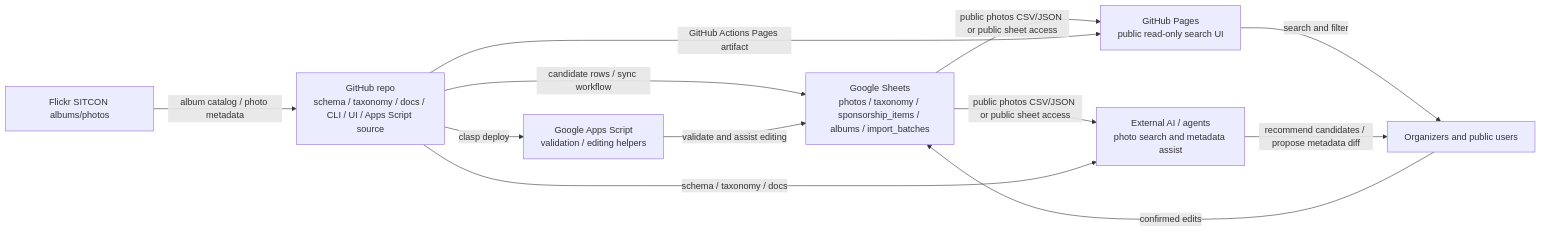
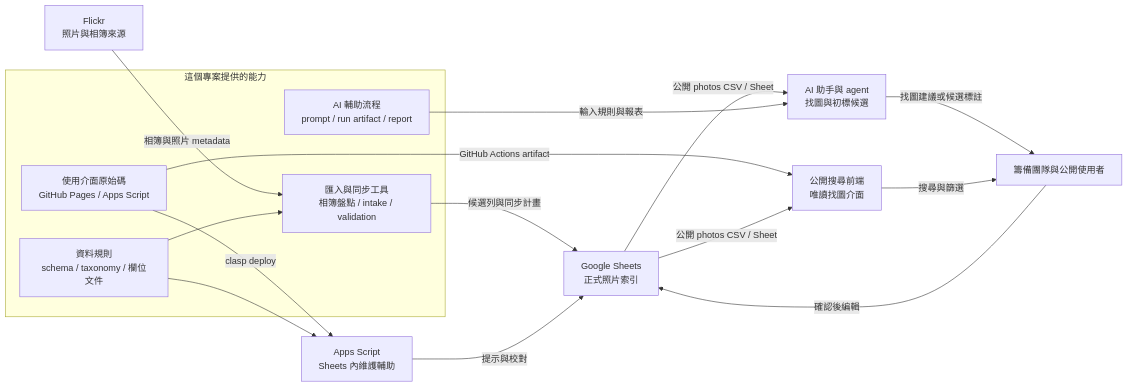
Before and after one commit to sitcon-tw/flickr-photo-finder: the diagram in docs/project-architecture.md, drawn with Mermaid. The commit also changed other lines of this file and 10 other files, not shown here.

````diff
--- a/docs/project-architecture.md
+++ b/docs/project-architecture.md
@@ -23,22 +23,30 @@
 ```mermaid
 flowchart LR
-  Flickr[Flickr SITCON albums/photos]
-  Repo[GitHub repo<br/>schema / taxonomy / docs / CLI / UI / Apps Script source]
-  Sheets[Google Sheets<br/>photos / taxonomy / sponsorship_items / albums / import_batches]
-  AppsScript[Google Apps Script<br/>validation / editing helpers]
-  Pages[GitHub Pages<br/>public read-only search UI]
-  AI[External AI / agents<br/>photo search and metadata assist]
-  Users[Organizers and public users]
+  Flickr[Flickr<br/>照片與相簿來源]
+  Sheets[Google Sheets<br/>正式照片索引]
+  AppsScript[Apps Script<br/>Sheets 內維護輔助]
+  Pages[公開搜尋前端<br/>唯讀找圖介面]
+  AI[AI 助手與 agent<br/>找圖與初標候選]
+  Users[籌備團隊與公開使用者]
 
-  Flickr -->|album catalog / photo metadata| Repo
-  Repo -->|candidate rows / sync workflow| Sheets
-  Repo -->|clasp deploy| AppsScript
-  AppsScript -->|validate and assist editing| Sheets
-  Sheets -->|public photos CSV/JSON or public sheet access| Pages
-  Sheets -->|public photos CSV/JSON or public sheet access| AI
-  Repo -->|schema / taxonomy / docs| AI
-  Repo -->|GitHub Actions Pages artifact| Pages
-  Pages -->|search and filter| Users
-  AI -->|recommend candidates / propose metadata diff| Users
-  Users -->|confirmed edits| Sheets
+  subgraph Project[這個專案提供的能力]
+    Rules[資料規則<br/>schema / taxonomy / 欄位文件]
+    Intake[匯入與同步工具<br/>相簿盤點 / intake / validation]
+    Interfaces[使用介面原始碼<br/>GitHub Pages / Apps Script]
+    AIGuide[AI 輔助流程<br/>prompt / run artifact / report]
+  end
+
+  Flickr -->|相簿與照片 metadata| Intake
+  Rules --> Intake
+  Intake -->|候選列與同步計畫| Sheets
+  Interfaces -->|clasp deploy| AppsScript
+  Interfaces -->|GitHub Actions artifact| Pages
+  Rules --> AppsScript
+  AppsScript -->|提示與校對| Sheets
+  Sheets -->|公開 photos CSV / Sheet| Pages
+  Sheets -->|公開 photos CSV / Sheet| AI
+  AIGuide -->|輸入規則與報表| AI
+  AI -->|找圖建議或候選標註| Users
+  Pages -->|搜尋與篩選| Users
+  Users -->|確認後編輯| Sheets
 ```
````
